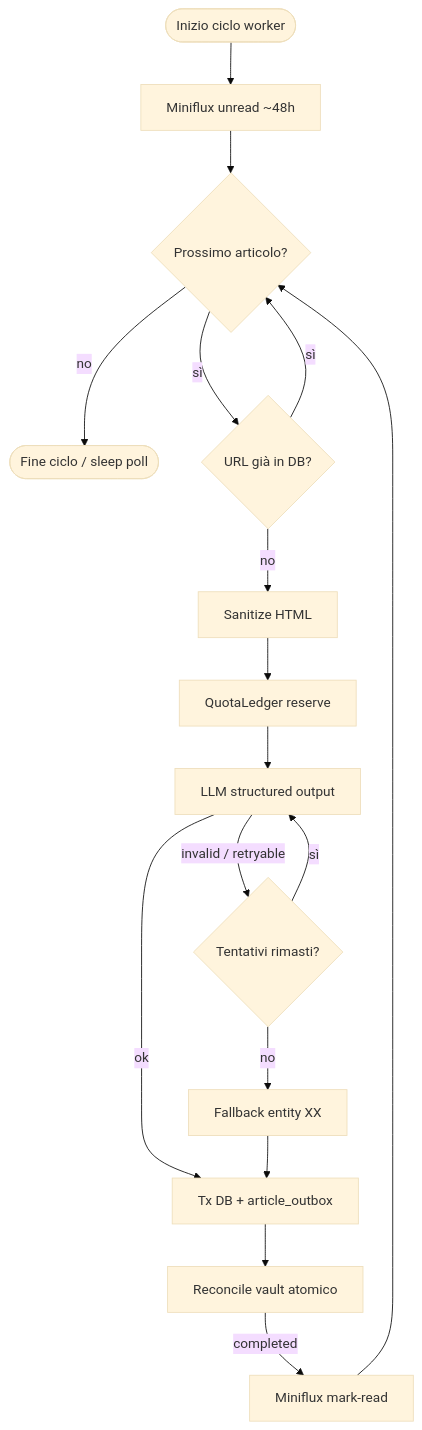
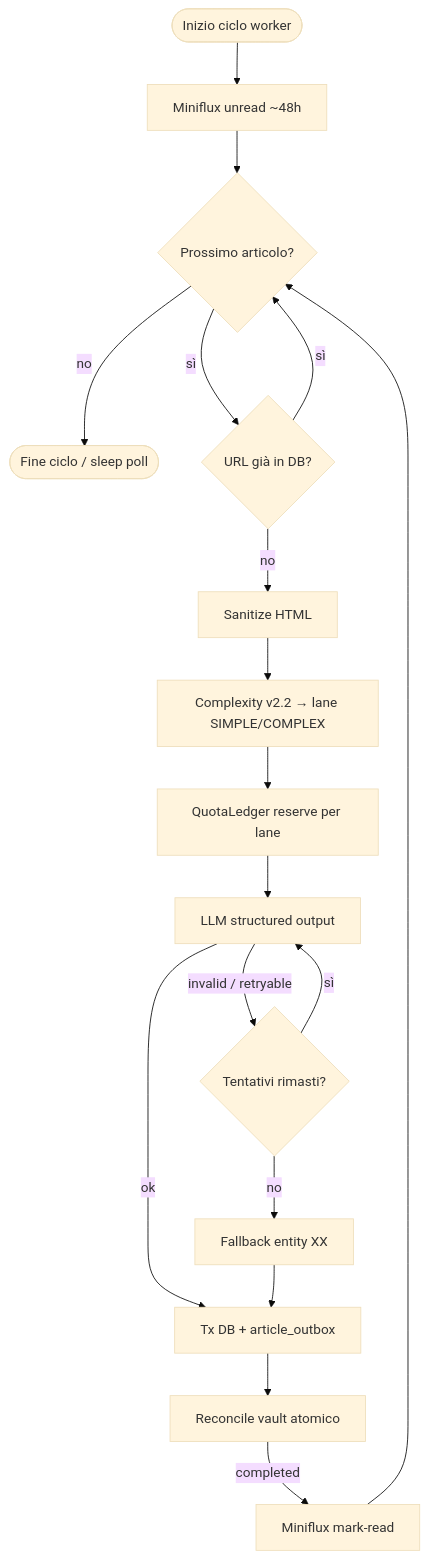
One commit to JiraaG/Intelligence-Dashboard changed the diagram in docs/02_architecture_and_backend.md. Above: the diagram before and after it, drawn with Mermaid (base theme). The commit also changed other lines of this file and 14 other files, not shown here.

````diff
--- a/docs/02_architecture_and_backend.md
+++ b/docs/02_architecture_and_backend.md
@@ -16,19 +16,20 @@
 ```mermaid
 flowchart TD
   Start([Inizio ciclo worker]) --> Fetch[Miniflux unread ~48h]
   Fetch --> Loop{Prossimo articolo?}
   Loop -->|no| Done([Fine ciclo / sleep poll])
   Loop -->|sì| Dedup{URL già in DB?}
   Dedup -->|sì| Loop
   Dedup -->|no| Parse[Sanitize HTML]
-  Parse --> Quota[QuotaLedger reserve]
+  Parse --> Cx[Complexity v2.2 → lane SIMPLE/COMPLEX]
+  Cx --> Quota[QuotaLedger reserve per lane]
   Quota --> LLM[LLM structured output]
   LLM -->|invalid / retryable| Retry{Tentativi rimasti?}
   Retry -->|sì| LLM
   Retry -->|no| Fallback[Fallback entity XX]
   LLM -->|ok| Commit[Tx DB + article_outbox]
   Fallback --> Commit
   Commit --> Vault[Reconcile vault atomico]
   Vault -->|completed| Mark[Miniflux mark-read]
   Mark --> Loop
 ```
````
